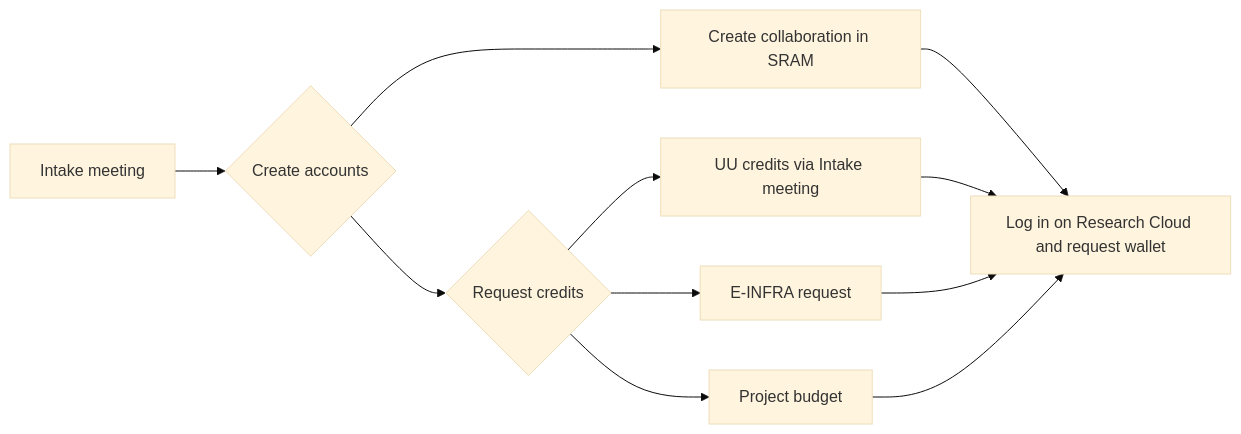
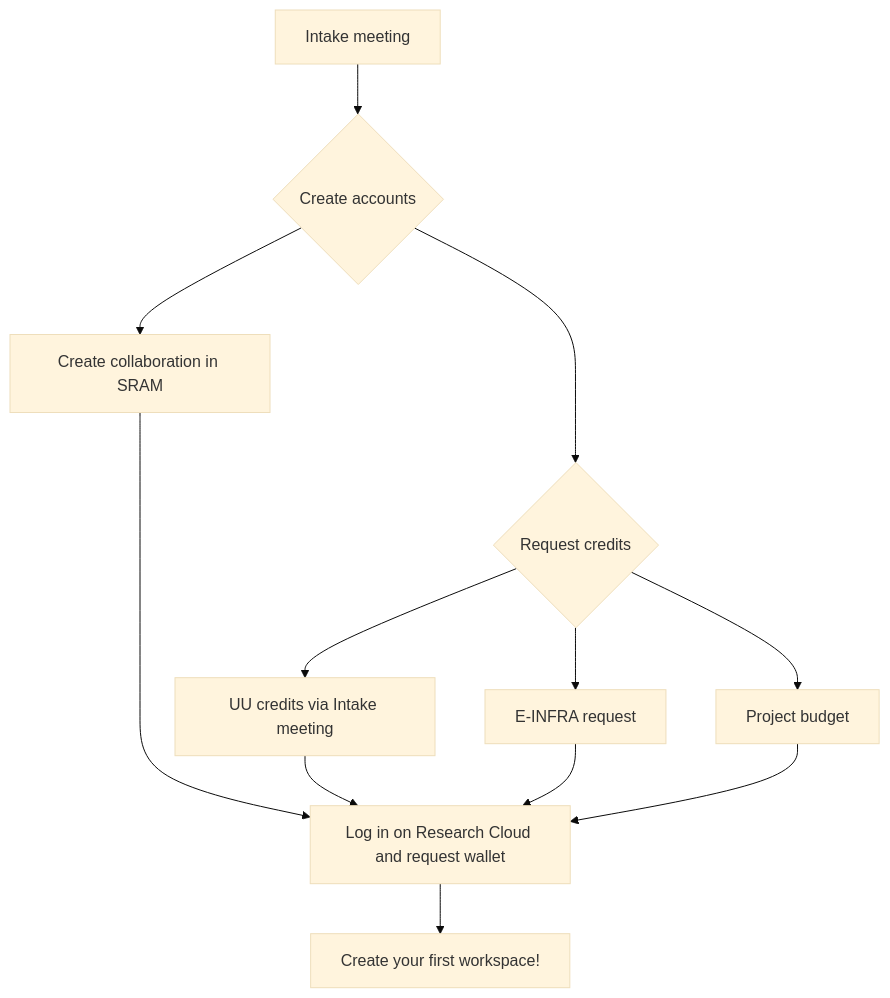
Before and after one commit to UtrechtUniversity/vre-docs: the diagram in docs/accounts.qmd, drawn with Mermaid (base theme). The commit also changed other lines of this file and 1 other file, not shown here.

````diff
--- a/docs/accounts.qmd
+++ b/docs/accounts.qmd
@@ -14,14 +17,15 @@
 ```{mermaid}
-flowchart LR
+flowchart TD
   A[Intake meeting] --> B{Create accounts}
   B --> C{Request credits}
   C --> F[UU credits via Intake meeting]
   C --> G[E-INFRA request]
   C --> H[Project budget]
   B --> D[Create collaboration in SRAM]
-  D --> E[Log in on Research Cloud and request wallet]
+  D ----> E[Log in on Research Cloud and request wallet]
   F --> E[Log in on Research Cloud and request wallet]
   G --> E[Log in on Research Cloud and request wallet]
   H --> E[Log in on Research Cloud and request wallet]
+  E --> J[Create your first workspace!]
 
 ```
````
